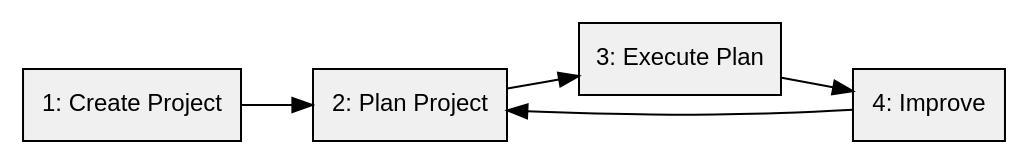
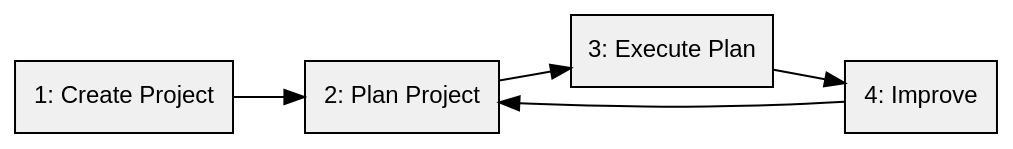
One commit to niklas-olsson/niklas-olsson.github.io changed the diagram in operational_flow.dot. Above: the diagram before and after it, drawn with Graphviz. The commit also changed 8342 other files, not shown here.

```diff
--- a/operational_flow.dot
+++ b/operational_flow.dot
@@ -1,18 +1,19 @@
 digraph OperationalFlow {
     // Graph settings
     rankdir=LR; // Left to Right
     node [shape=box, style="filled", fillcolor="#f0f0f0", fontname="sans-serif", fontsize=12]; // Node styling
     edge [fontname="sans-serif", fontsize=10]; // Edge styling
+    graph [bgcolor="transparent"]; // Set graph background to transparent
 
     // Nodes
     "1: Create Project" [label="1: Create Project"];
     "2: Plan Project" [label="2: Plan Project"];
     "3: Execute Plan" [label="3: Execute Plan"];
     "4: Improve" [label="4: Improve"];
 
     // Edges (connections)
     "1: Create Project" -> "2: Plan Project";
     "2: Plan Project" -> "3: Execute Plan";
     "3: Execute Plan" -> "4: Improve";
     "4: Improve" -> "2: Plan Project"; // Loop back to Plan Project
 }
```
